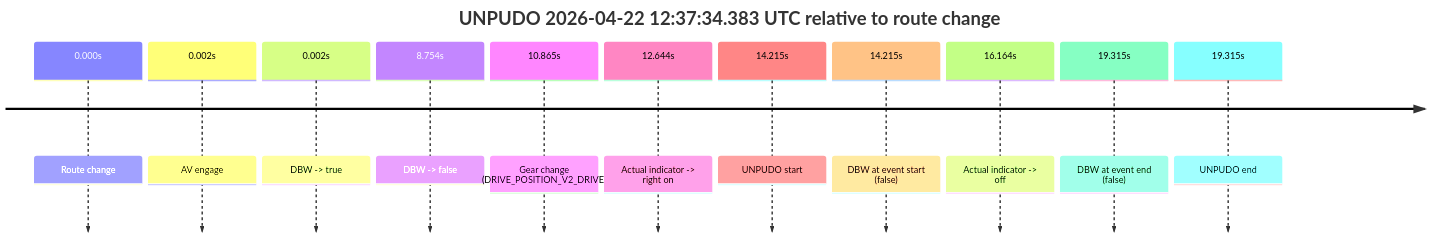
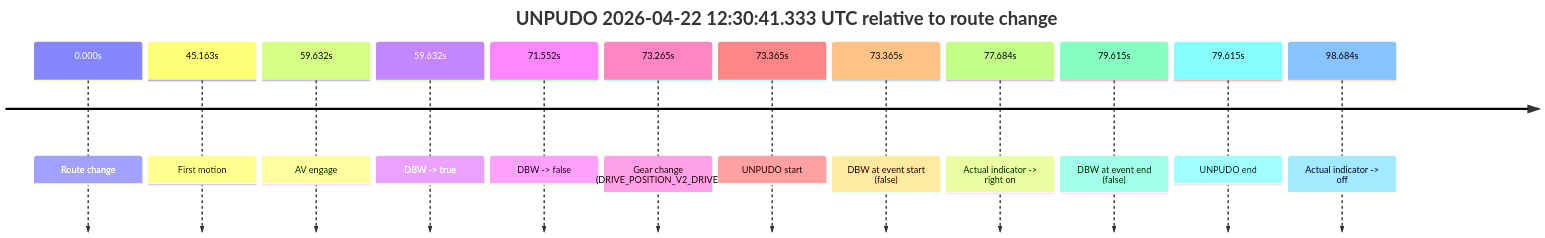
One commit to yoelshapiro/vault changed the second of 5 diagrams in model_analysis/report_cards/2026/04/Week-4/fme20002--2026-04-22--12-20-12--gen2-av-897668a7-ec43-42aa-ae06-d72a68999bf8.md. Above: the diagram before and after it, drawn with Mermaid. The commit also changed other lines of this file and 53 other files, not shown here.

````diff
--- a/model_analysis/report_cards/2026/04/Week-4/fme20002--2026-04-22--12-20-12--gen2-av-897668a7-ec43-42aa-ae06-d72a68999bf8.md
+++ b/model_analysis/report_cards/2026/04/Week-4/fme20002--2026-04-22--12-20-12--gen2-av-897668a7-ec43-42aa-ae06-d72a68999bf8.md
@@ -139,15 +134,16 @@
 ```mermaid
 timeline
-    title UNPUDO 2026-04-22 12:37:34.383 UTC relative to route change
+    title UNPUDO 2026-04-22 12:30:41.333 UTC relative to route change
     0.000s : Route change
-    0.002s : AV engage
-    0.002s : DBW -> true
-    8.754s : DBW -> false
-    10.865s : Gear change (DRIVE_POSITION_V2_DRIVE)
-    12.644s : Actual indicator -> right on
-    14.215s : UNPUDO start
-    14.215s : DBW at event start (false)
-    16.164s : Actual indicator -> off
-    19.315s : DBW at event end (false)
-    19.315s : UNPUDO end
+    45.163s : First motion
+    59.632s : AV engage
+    59.632s : DBW -> true
+    71.552s : DBW -> false
+    73.265s : Gear change (DRIVE_POSITION_V2_DRIVE)
+    73.365s : UNPUDO start
+    73.365s : DBW at event start (false)
+    77.684s : Actual indicator -> right on
+    79.615s : DBW at event end (false)
+    79.615s : UNPUDO end
+    98.684s : Actual indicator -> off
 ```
````
